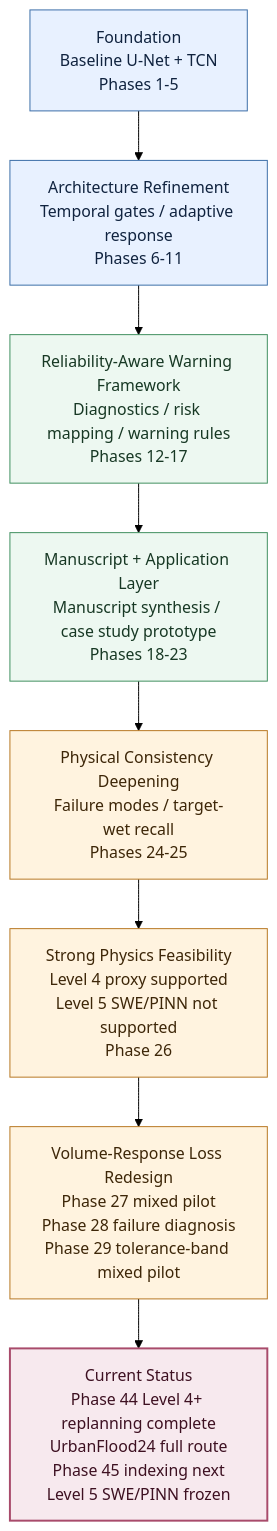
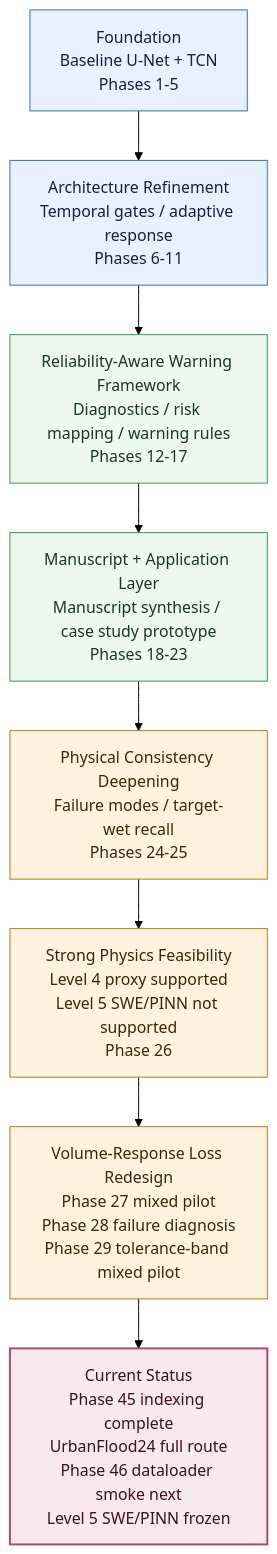
One commit to HolyLin990604/physics-guided-urban-flood-prediction changed the second of 3 diagrams in README.md. Above: the diagram before and after it, drawn with Mermaid (forest theme). The commit also changed other lines of this file and 2 other files, not shown here.

Commit message:
docs: sync phase45 full dataset indexing status

````diff
--- a/README.md
+++ b/README.md
@@ -28,18 +28,18 @@
 ```mermaid
 flowchart TB
     A["Foundation<br/>Baseline U-Net + TCN<br/>Phases 1-5"]:::foundation
     B["Architecture Refinement<br/>Temporal gates / adaptive response<br/>Phases 6-11"]:::foundation
     C["Reliability-Aware Warning Framework<br/>Diagnostics / risk mapping / warning rules<br/>Phases 12-17"]:::reliability
     D["Manuscript + Application Layer<br/>Manuscript synthesis / case study prototype<br/>Phases 18-23"]:::reliability
     E["Physical Consistency Deepening<br/>Failure modes / target-wet recall<br/>Phases 24-25"]:::physics
     F["Strong Physics Feasibility<br/>Level 4 proxy supported<br/>Level 5 SWE/PINN not supported<br/>Phase 26"]:::physics
     G["Volume-Response Loss Redesign<br/>Phase 27 mixed pilot<br/>Phase 28 failure diagnosis<br/>Phase 29 tolerance-band mixed pilot"]:::physics
-    H["Current Status<br/>Phase 44 Level 4+ replanning complete<br/>UrbanFlood24 full route<br/>Phase 45 indexing next<br/>Level 5 SWE/PINN frozen"]:::current
+    H["Current Status<br/>Phase 45 indexing complete<br/>UrbanFlood24 full route<br/>Phase 46 dataloader smoke next<br/>Level 5 SWE/PINN frozen"]:::current
 
     A --> B --> C --> D --> E --> F --> G --> H
 
     classDef foundation fill:#e8f1ff,stroke:#3b6ea8,stroke-width:1px,color:#10233f
     classDef reliability fill:#edf8f1,stroke:#3f8f5f,stroke-width:1px,color:#173824
     classDef physics fill:#fff3df,stroke:#b77722,stroke-width:1px,color:#3d2608
     classDef current fill:#f7e9ee,stroke:#a84b6b,stroke-width:2px,color:#3d1021
 ```
````
